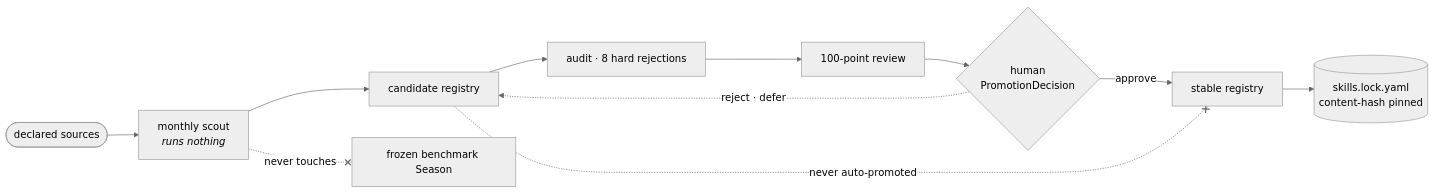
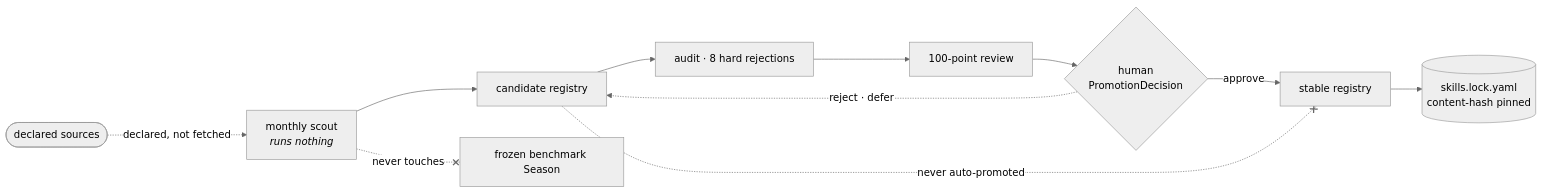
The diagram in README.md (psknlr/TCMScience), drawn with Mermaid (neutral theme) before and after one commit. The commit also changed 8 other files, not shown here.

````diff
--- a/README.md
+++ b/README.md
@@ -362,9 +362,10 @@
 ```mermaid
 flowchart LR
-    SRC(["declared sources"]) --> SCOUT["monthly scout<br/><i>runs nothing</i>"] --> CAND["candidate registry"]
+    SRC(["declared sources"]) -.->|"declared, not fetched"| SCOUT["monthly scout<br/><i>runs nothing</i>"]
+    SCOUT --> CAND["candidate registry"]
     CAND --> AUDIT["audit · 8 hard rejections"] --> SCORE["100-point review"] --> HUMAN{"human<br/>PromotionDecision"}
     HUMAN -->|approve| STABLE["stable registry"] --> LOCK[("skills.lock.yaml<br/>content-hash pinned")]
     HUMAN -.->|reject · defer| CAND
     CAND -.-x|never auto-promoted| STABLE
     SCOUT -.-x|never touches| SEASON["frozen benchmark Season"]
 ```
````
